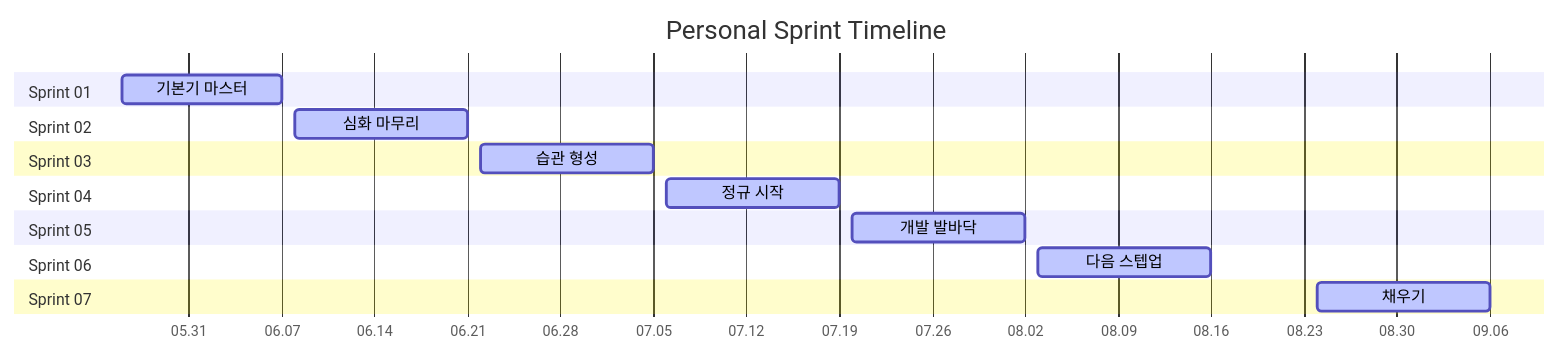
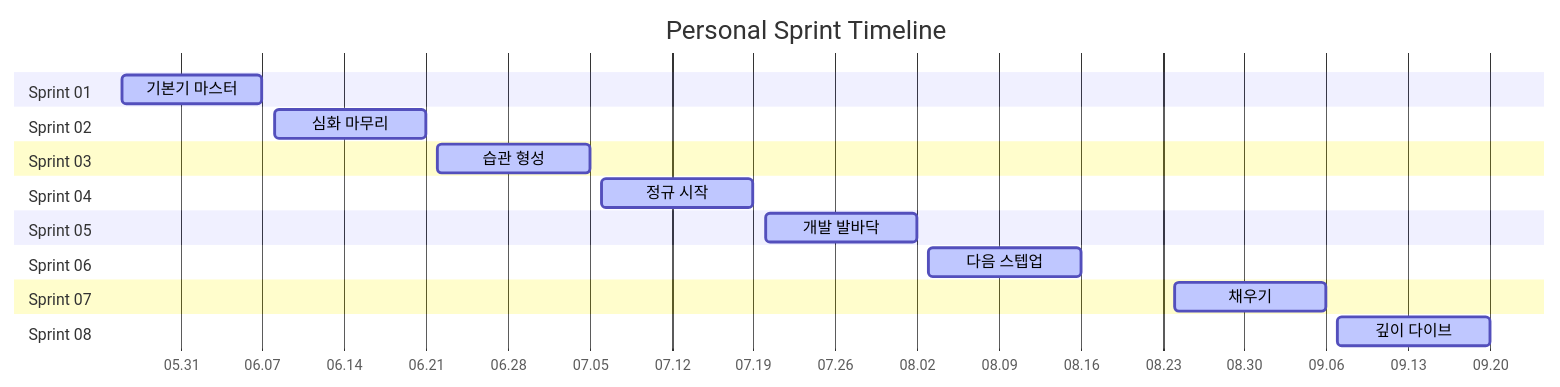
The diagram in README.md (Vryez11/personal-sprint), drawn with Mermaid before and after one commit. The commit also changed other lines of this file and 2 other files, not shown here.

Commit message:
sprint08: 구조 생성

````diff
--- a/README.md
+++ b/README.md
@@ -12,20 +12,22 @@
 ```mermaid
 gantt
     title Personal Sprint Timeline
     dateFormat YYYY-MM-DD
     axisFormat %m.%d
     section Sprint 01
     기본기 마스터 :active, s1, 2026-05-26, 2026-06-07
     section Sprint 02
     심화 마무리 :active, s2, 2026-06-08, 2026-06-21
     section Sprint 03
     습관 형성 :active, s3, 2026-06-22, 2026-07-05
     section Sprint 04
     정규 시작 :active, s4, 2026-07-06, 2026-07-19
     section Sprint 05
     개발 발바닥 :active, s5, 2026-07-20, 2026-08-02
     section Sprint 06
     다음 스텝업 :active, s6, 2026-08-03, 2026-08-16
     section Sprint 07
     채우기 :active, s7, 2026-08-24, 2026-09-06
+    section Sprint 08
+    깊이 다이브 :active, s8, 2026-09-07, 2026-09-20
 ```
````
